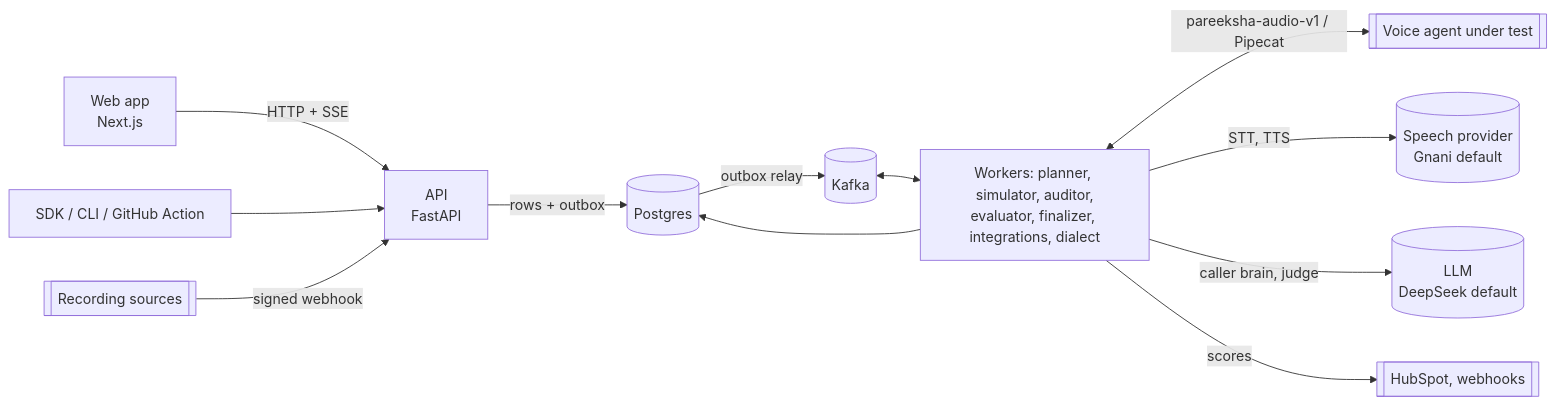
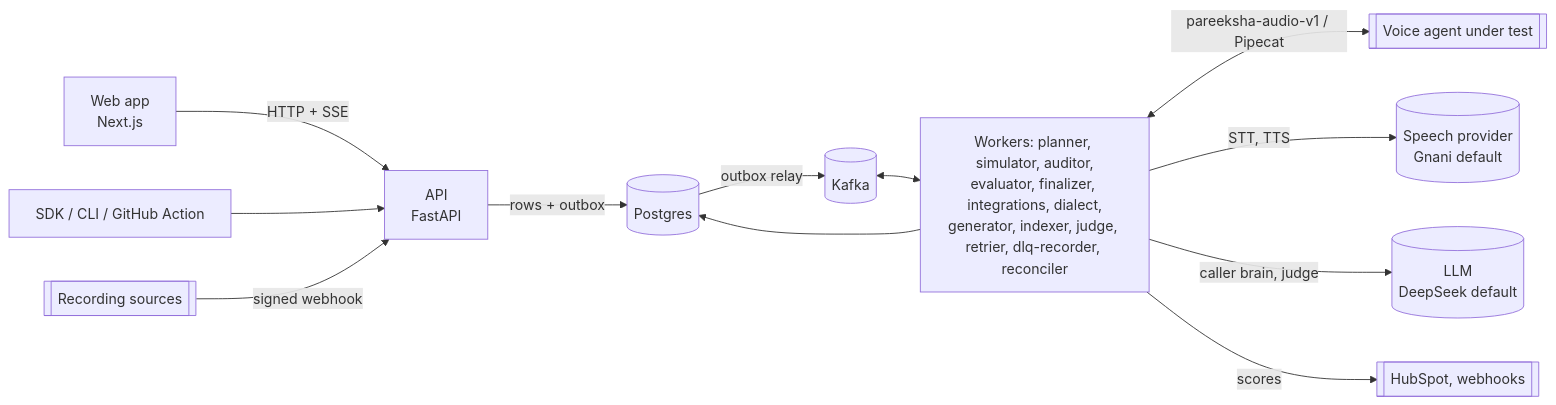
The diagram in README.md (Voice-Application/Pareeksha-), drawn with Mermaid before and after one commit. The commit also changed other lines of this file and 29 other files, not shown here.

````diff
--- a/README.md
+++ b/README.md
@@ -84,14 +92,14 @@
 ```mermaid
 flowchart LR
     WEB[Web app<br/>Next.js] -->|HTTP + SSE| API[API<br/>FastAPI]
     CLI[SDK / CLI / GitHub Action] --> API
     SRC[[Recording sources]] -->|signed webhook| API
     API -->|rows + outbox| PG[(Postgres)]
     PG -->|outbox relay| K[(Kafka)]
-    K <--> W[Workers: planner, simulator, auditor,<br/>evaluator, finalizer, integrations, dialect]
+    K <--> W[Workers: planner, simulator, auditor,<br/>evaluator, finalizer, integrations, dialect,<br/>generator, indexer, judge, retrier, dlq-recorder, reconciler]
     W --> PG
     W <-->|pareeksha-audio-v1 / Pipecat| BOT[[Voice agent under test]]
     W -->|STT, TTS| SP[(Speech provider<br/>Gnani default)]
     W -->|caller brain, judge| LLM[(LLM<br/>DeepSeek default)]
     W -->|scores| CRM[[HubSpot, webhooks]]
 ```
````
